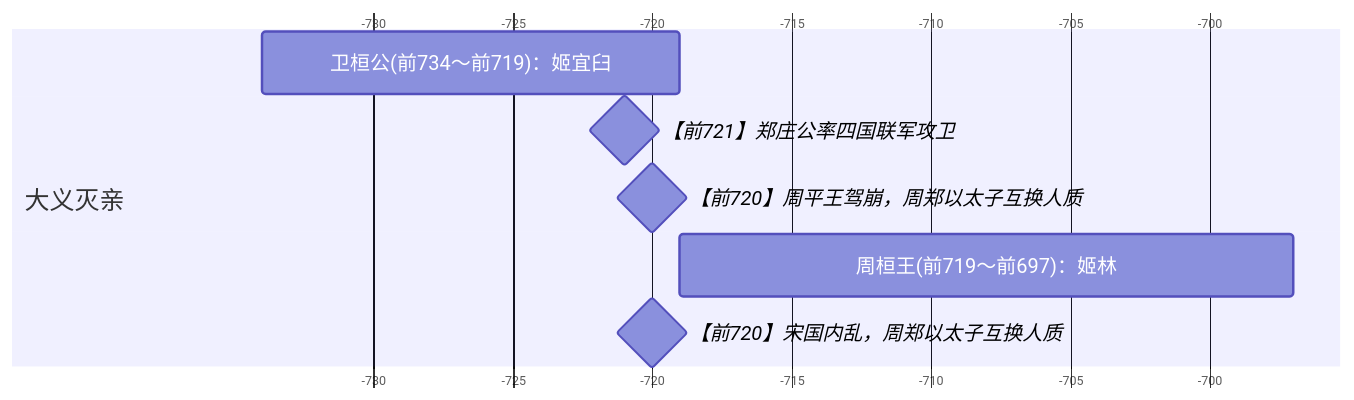
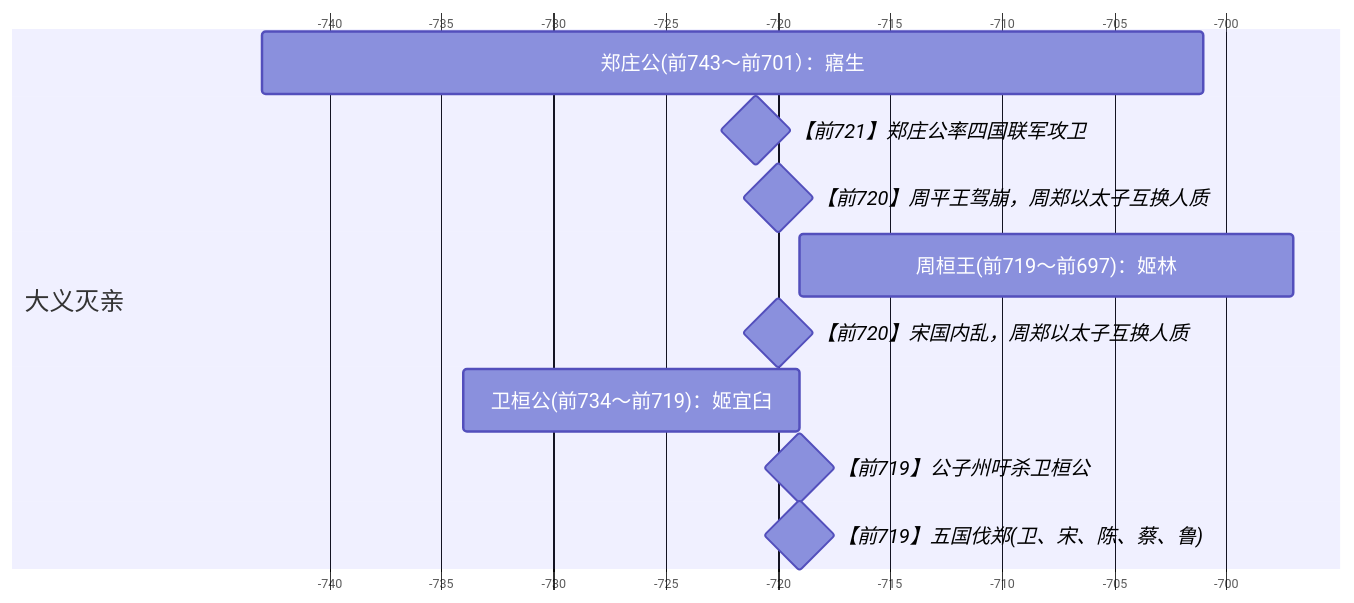
Before and after one commit to tsuyu2016/read: the first of 3 diagrams in 透过地理看历史（春秋篇）03.md, drawn with Mermaid. The commit also changed other lines of this file and 1 other file, not shown here.

````diff
--- a/透过地理看历史（春秋篇）03.md
+++ b/透过地理看历史（春秋篇）03.md
@@ -3,36 +3,39 @@
 ```mermaid
 ---
 config:
   themeCSS: '
     .grid .tick line{stroke:lightgray;stroke-dasharray:3;opacity:1;}
     .grid .tick text{font-size:16px;}
     .grid path {stroke-width: 0;}
   '
   gantt:
     titleTopMargin:
     topPadding:
     gridLineStartPadding: 
     topAxis: true
     barHeight: 50
     rightPadding:
     leftPadding: 200
     fontSize: 16
     sectionFontSize: 20
     numberSectionStyles: 4
     axisFormat: "%Y"
     useMaxWidth:
     weekday:
     barGap:
 ---
 gantt
-    dateFormat  X
-    axisFormat %s
-    todayMarker off
+  dateFormat  X
+  axisFormat %s
+  todayMarker off
 
-    section 大义灭亲
-    卫桓公(前734～前719)：姬宜臼: -734,-719
-    【前721】郑庄公率四国联军攻卫: milestone, -721,
-    【前720】周平王驾崩，周郑以太子互换人质: milestone, -720,
-    周桓王(前719～前697)：姬林: -719,-697
-    【前720】宋国内乱，周郑以太子互换人质: milestone, -720,
+  section 大义灭亲
+  郑庄公(前743～前701）：寤生: -743,-701
+  【前721】郑庄公率四国联军攻卫: milestone, -721,
+  【前720】周平王驾崩，周郑以太子互换人质: milestone, -720,
+  周桓王(前719～前697)：姬林: -719,-697
+  【前720】宋国内乱，周郑以太子互换人质: milestone, -720,
+  卫桓公(前734～前719)：姬宜臼: -734,-719
+  【前719】公子州吁杀卫桓公: milestone, -719,
+  【前719】五国伐郑(卫、宋、陈、蔡、鲁): milestone, -719,
 ```
````
